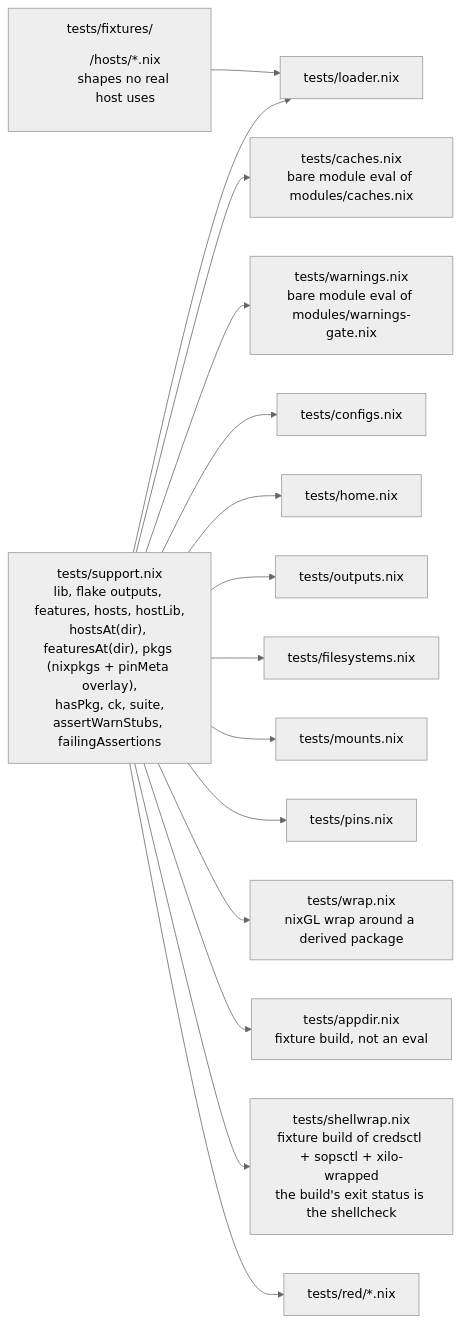
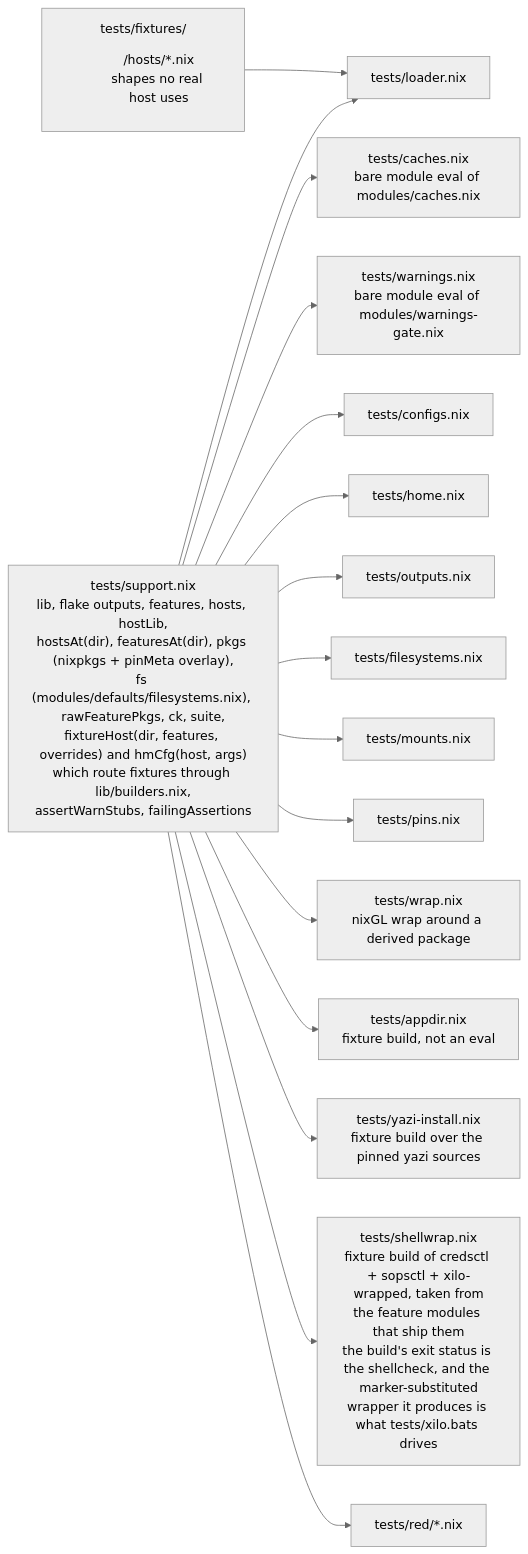
The second of 5 diagrams in TEST_DESIGN.md (WombatFromHell/automatic-palm-tree), drawn with Mermaid (neutral theme) before and after one commit. The commit also changed other lines of this file and 38 other files, not shown here.

````diff
--- a/TEST_DESIGN.md
+++ b/TEST_DESIGN.md
@@ -77,17 +94,18 @@
 ```mermaid
 flowchart LR
-  S["tests/support.nix<br/>lib, flake outputs, features, hosts, hostLib,<br/>hostsAt(dir), featuresAt(dir), pkgs (nixpkgs + pinMeta overlay),<br/>hasPkg, ck, suite,<br/>assertWarnStubs, failingAssertions"] --> L["tests/loader.nix"]
+  S["tests/support.nix<br/>lib, flake outputs, features, hosts, hostLib,<br/>hostsAt(dir), featuresAt(dir), pkgs (nixpkgs + pinMeta overlay),<br/>fs (modules/defaults/filesystems.nix), rawFeaturePkgs, ck, suite,<br/>fixtureHost(dir, features, overrides) and hmCfg(host, args)<br/>which route fixtures through lib/builders.nix,<br/>assertWarnStubs, failingAssertions"] --> L["tests/loader.nix"]
   S --> CA["tests/caches.nix<br/>bare module eval of modules/caches.nix"]
   S --> WA["tests/warnings.nix<br/>bare module eval of modules/warnings-gate.nix"]
   S --> C["tests/configs.nix"]
   S --> H["tests/home.nix"]
   S --> O["tests/outputs.nix"]
   S --> F["tests/filesystems.nix"]
   S --> M["tests/mounts.nix"]
   S --> PI["tests/pins.nix"]
   S --> WR["tests/wrap.nix<br/>nixGL wrap around a derived package"]
   S --> AP["tests/appdir.nix<br/>fixture build, not an eval"]
-  S --> SW["tests/shellwrap.nix<br/>fixture build of credsctl + sopsctl + xilo-wrapped<br/>the build's exit status is the shellcheck"]
+  S --> YZ["tests/yazi-install.nix<br/>fixture build over the pinned yazi sources"]
+  S --> SW["tests/shellwrap.nix<br/>fixture build of credsctl + sopsctl + xilo-wrapped, taken from<br/>the feature modules that ship them<br/>the build's exit status is the shellcheck, and the marker-substituted<br/>wrapper it produces is what tests/xilo.bats drives"]
   S --> RD["tests/red/*.nix"]
   FX["tests/fixtures/<dir>/hosts/*.nix<br/>shapes no real host uses"] --> L
 ```
````
